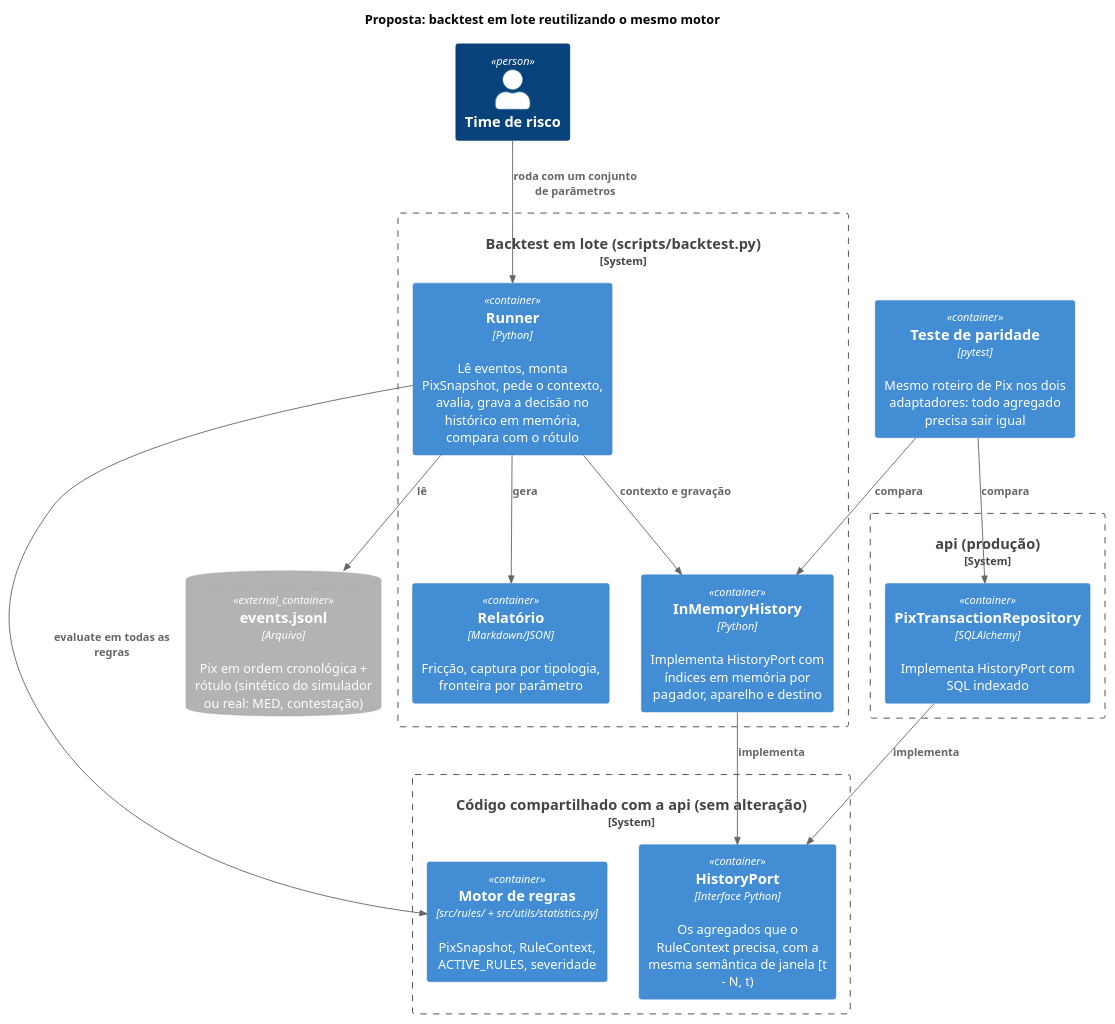
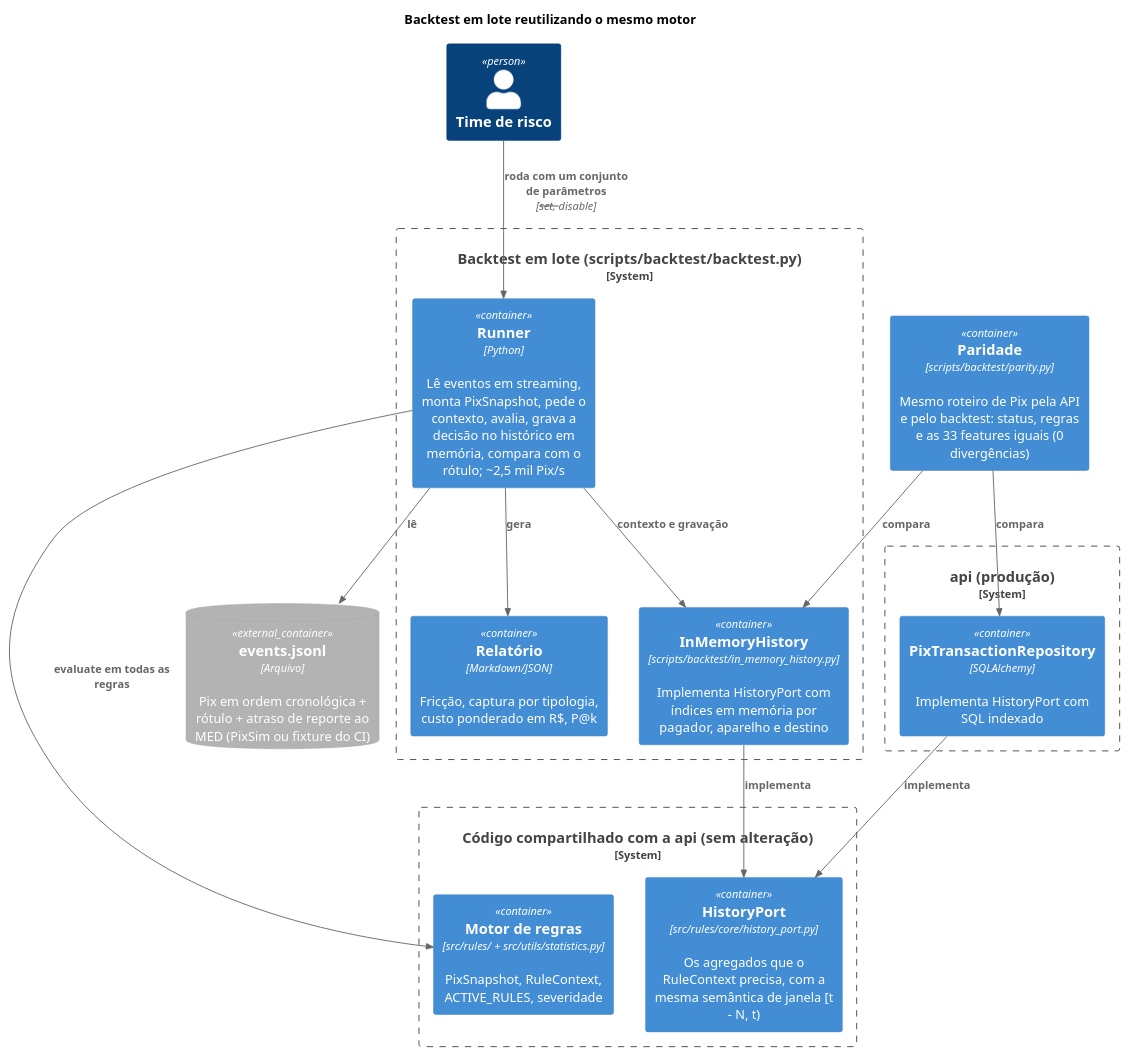
One commit to phprestes/Hackathon-Anti-Fraud-Pix changed the diagram in docs/02-arquitetura/diagramas/c4-backtest.puml. Above: the diagram before and after it, drawn with PlantUML. The commit also changed 9 other files, not shown here.

```diff
--- a/docs/02-arquitetura/diagramas/c4-backtest.puml
+++ b/docs/02-arquitetura/diagramas/c4-backtest.puml
@@ -1,36 +1,36 @@
 @startuml
 !include https://raw.githubusercontent.com/plantuml-stdlib/C4-PlantUML/master/C4_Container.puml
 
-title Proposta: backtest em lote reutilizando o mesmo motor
+title Backtest em lote reutilizando o mesmo motor
 
 Person(risco, "Time de risco")
-ContainerDb_Ext(arquivo, "events.jsonl", "Arquivo", "Pix em ordem cronológica + rótulo (sintético do simulador ou real: MED, contestação)")
+ContainerDb_Ext(arquivo, "events.jsonl", "Arquivo", "Pix em ordem cronológica + rótulo + atraso de reporte ao MED (PixSim ou fixture do CI)")
 
-System_Boundary(bt_boundary, "Backtest em lote (scripts/backtest.py)") {
-    Container(runner, "Runner", "Python", "Lê eventos, monta PixSnapshot, pede o contexto, avalia, grava a decisão no histórico em memória, compara com o rótulo")
-    Container(mem, "InMemoryHistory", "Python", "Implementa HistoryPort com índices em memória por pagador, aparelho e destino")
-    Container(report, "Relatório", "Markdown/JSON", "Fricção, captura por tipologia, fronteira por parâmetro")
+System_Boundary(bt_boundary, "Backtest em lote (scripts/backtest/backtest.py)") {
+    Container(runner, "Runner", "Python", "Lê eventos em streaming, monta PixSnapshot, pede o contexto, avalia, grava a decisão no histórico em memória, compara com o rótulo; ~2,5 mil Pix/s")
+    Container(mem, "InMemoryHistory", "scripts/backtest/in_memory_history.py", "Implementa HistoryPort com índices em memória por pagador, aparelho e destino")
+    Container(report, "Relatório", "Markdown/JSON", "Fricção, captura por tipologia, custo ponderado em R$, P@k")
 }
 
 System_Boundary(shared_boundary, "Código compartilhado com a api (sem alteração)") {
     Container(core, "Motor de regras", "src/rules/ + src/utils/statistics.py", "PixSnapshot, RuleContext, ACTIVE_RULES, severidade")
-    Container(port, "HistoryPort", "Interface Python", "Os agregados que o RuleContext precisa, com a mesma semântica de janela [t - N, t)")
+    Container(port, "HistoryPort", "src/rules/core/history_port.py", "Os agregados que o RuleContext precisa, com a mesma semântica de janela [t - N, t)")
 }
 
 System_Boundary(prod_boundary, "api (produção)") {
     Container(sqladapter, "PixTransactionRepository", "SQLAlchemy", "Implementa HistoryPort com SQL indexado")
 }
 
-Container(parity, "Teste de paridade", "pytest", "Mesmo roteiro de Pix nos dois adaptadores: todo agregado precisa sair igual")
+Container(parity, "Paridade", "scripts/backtest/parity.py", "Mesmo roteiro de Pix pela API e pelo backtest: status, regras e as 33 features iguais (0 divergências)")
 
-Rel(risco, runner, "roda com um conjunto de parâmetros")
+Rel(risco, runner, "roda com um conjunto de parâmetros", "--set, --disable")
 Rel(runner, arquivo, "lê")
 Rel(runner, core, "evaluate em todas as regras")
 Rel(runner, mem, "contexto e gravação")
 Rel(mem, port, "implementa")
 Rel(sqladapter, port, "implementa")
 Rel(parity, mem, "compara")
 Rel(parity, sqladapter, "compara")
 Rel(runner, report, "gera")
 
 @enduml
```
